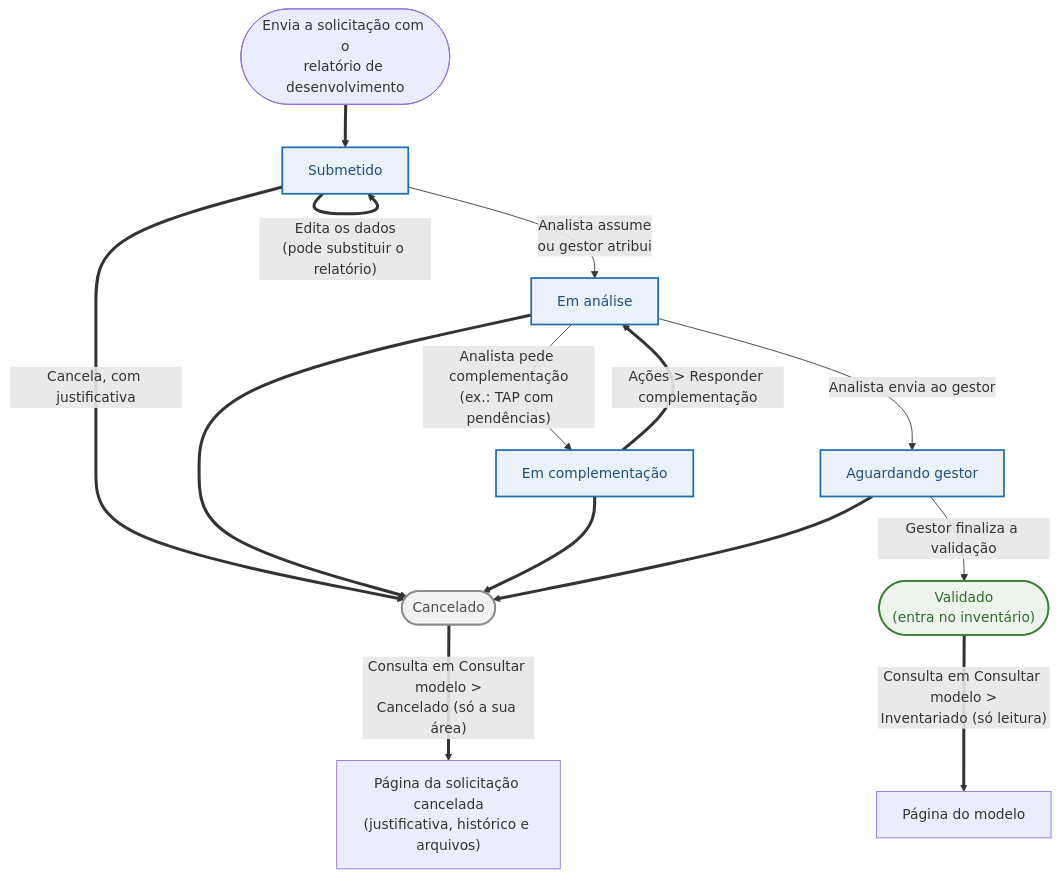
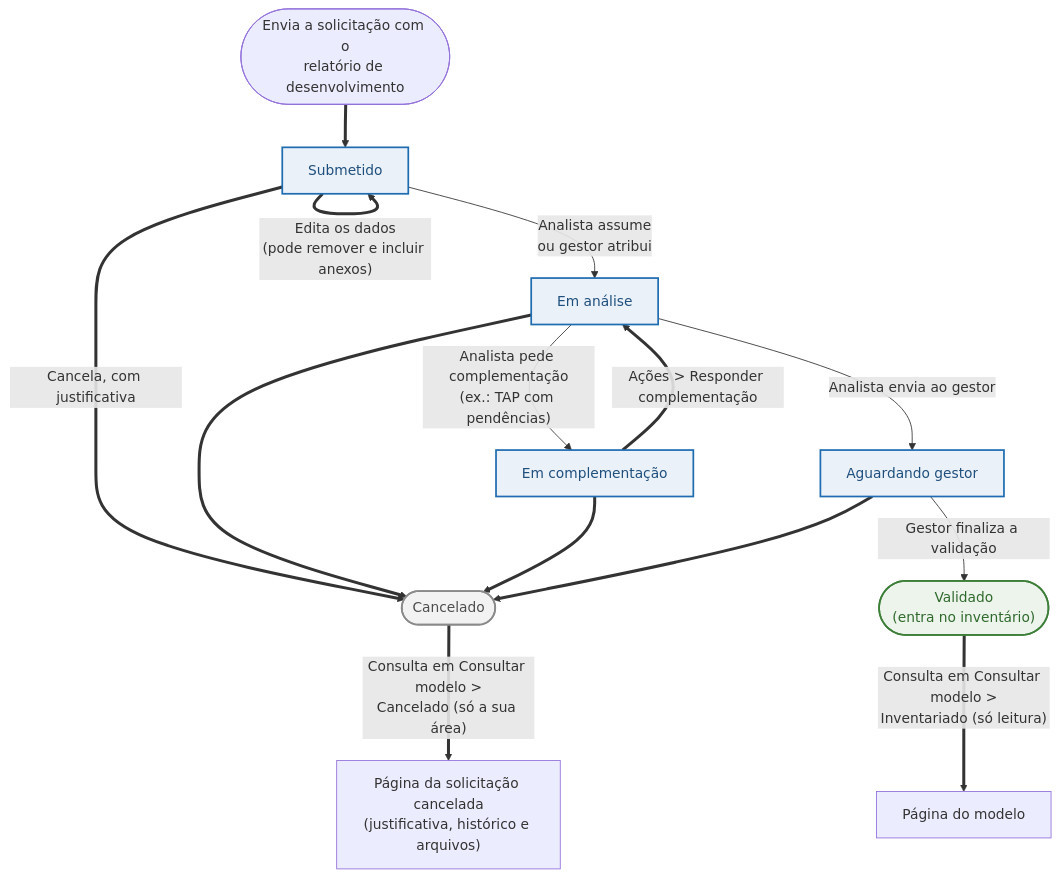
The first of 3 diagrams in handoff/SPRINT-42.md (barlettab/svm-frontend), drawn with Mermaid before and after one commit. The commit also changed other lines of this file and 127 other files, not shown here.

````diff
--- a/handoff/SPRINT-42.md
+++ b/handoff/SPRINT-42.md
@@ -177,20 +183,20 @@
 ```mermaid
 flowchart TB
     INI(["Envia a solicitação com o<br/>relatório de desenvolvimento"]) ==> SUB["Submetido"]:::status
-    SUB ==>|"Edita os dados<br/>(pode substituir o relatório)"| SUB
+    SUB ==>|"Edita os dados<br/>(pode remover e incluir anexos)"| SUB
     SUB -->|"Analista assume<br/>ou gestor atribui"| ANA["Em análise"]:::status
     ANA -->|"Analista pede complementação<br/>(ex.: TAP com pendências)"| COMP["Em complementação"]:::status
     COMP ==>|"Ações > Responder complementação"| ANA
     ANA -->|"Analista envia ao gestor"| GES["Aguardando gestor"]:::status
     GES -->|"Gestor finaliza a validação"| VAL(["Validado<br/>(entra no inventário)"]):::ok
     VAL ==>|"Consulta em Consultar modelo ><br/>Inventariado (só leitura)"| CONS["Página do modelo"]
     CAN ==>|"Consulta em Consultar modelo ><br/>Cancelado (só a sua área)"| CONSC["Página da solicitação cancelada<br/>(justificativa, histórico e arquivos)"]
     SUB ==>|"Cancela, com justificativa"| CAN(["Cancelado"]):::cancel
     ANA ==> CAN
     COMP ==> CAN
     GES ==> CAN
     classDef status fill:#eaf1f8,stroke:#1f6cb0,stroke-width:2px,color:#1f4f7d
     classDef ok fill:#edf4ec,stroke:#3d7f39,stroke-width:2px,color:#2f6a2c
     classDef cancel fill:#f2f2f2,stroke:#8a8a8a,stroke-width:2px,color:#4d4d4d
     classDef decisao fill:#fffbe6,stroke:#b4a01d,stroke-width:2px,color:#4d4d4d
 ```
````
